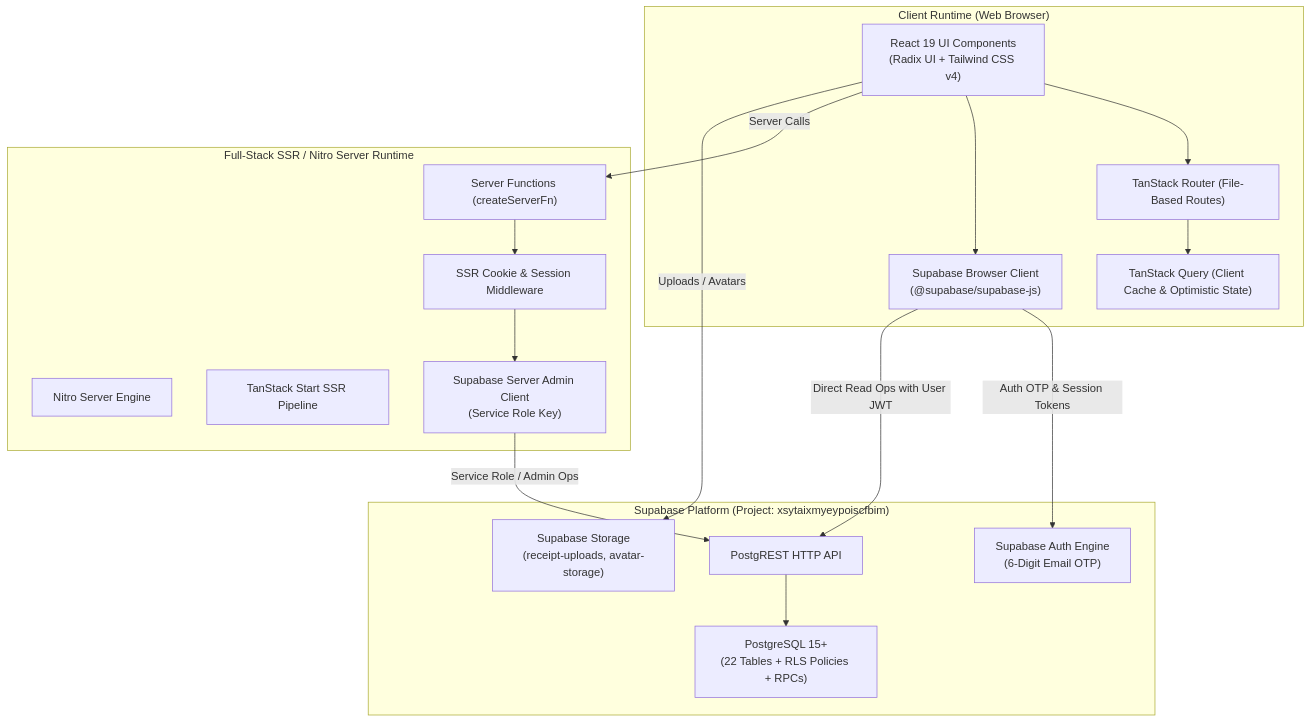
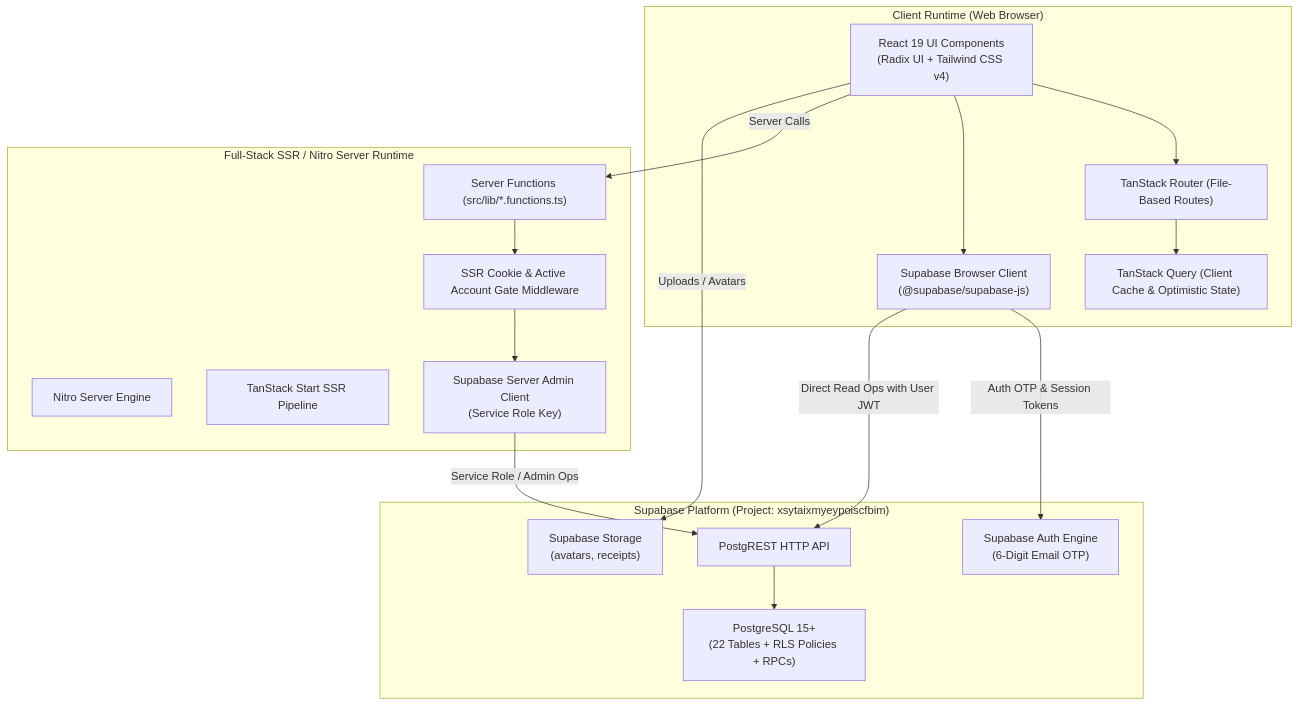
Before and after one commit to SkEESUB/Bill-Buddy: the diagram in ARCHITECTURE.md, drawn with Mermaid. The commit also changed other lines of this file and 15 other files, not shown here.

Commit message:
refactor(server-fn): migrate deprecated inputValidator to validator across server functions

````diff
--- a/ARCHITECTURE.md
+++ b/ARCHITECTURE.md
@@ -15,37 +16,37 @@
 ```mermaid
 flowchart TB
     subgraph Browser ["Client Runtime (Web Browser)"]
         UI["React 19 UI Components<br/>(Radix UI + Tailwind CSS v4)"]
         Router["TanStack Router (File-Based Routes)"]
         TSQ["TanStack Query (Client Cache & Optimistic State)"]
         BrowserSB["Supabase Browser Client<br/>(@supabase/supabase-js)"]
     end
 
     subgraph SSRLayer ["Full-Stack SSR / Nitro Server Runtime"]
         Nitro["Nitro Server Engine"]
         StartSSR["TanStack Start SSR Pipeline"]
-        ServerFns["Server Functions (createServerFn)"]
-        AuthMid["SSR Cookie & Session Middleware"]
+        ServerFns["Server Functions (src/lib/*.functions.ts)"]
+        AuthMid["SSR Cookie & Active Account Gate Middleware"]
         AdminSB["Supabase Server Admin Client<br/>(Service Role Key)"]
     end
 
     subgraph SupabasePlatform ["Supabase Platform (Project: xsytaixmyeypoiscfbim)"]
         AuthService["Supabase Auth Engine<br/>(6-Digit Email OTP)"]
         PostgREST["PostgREST HTTP API"]
         PostgreSQL["PostgreSQL 15+<br/>(22 Tables + RLS Policies + RPCs)"]
-        StorageEngine["Supabase Storage<br/>(receipt-uploads, avatar-storage)"]
+        StorageEngine["Supabase Storage<br/>(avatars, receipts)"]
     end
 
     UI --> Router
     Router --> TSQ
     UI --> BrowserSB
     BrowserSB -->|Auth OTP & Session Tokens| AuthService
 
     UI -->|Server Calls| ServerFns
     ServerFns --> AuthMid
     AuthMid --> AdminSB
     AdminSB -->|Service Role / Admin Ops| PostgREST
     BrowserSB -->|Direct Read Ops with User JWT| PostgREST
     PostgREST --> PostgreSQL
     UI -->|Uploads / Avatars| StorageEngine
 ```
````
